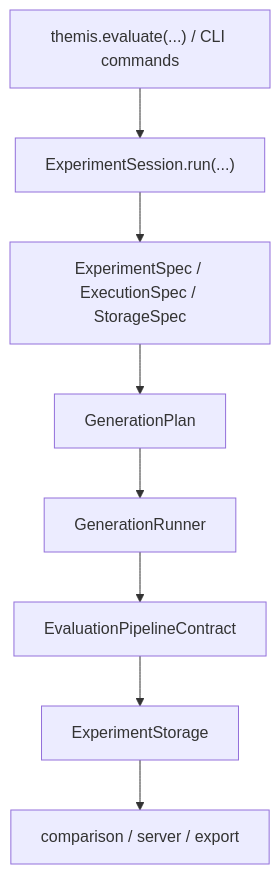
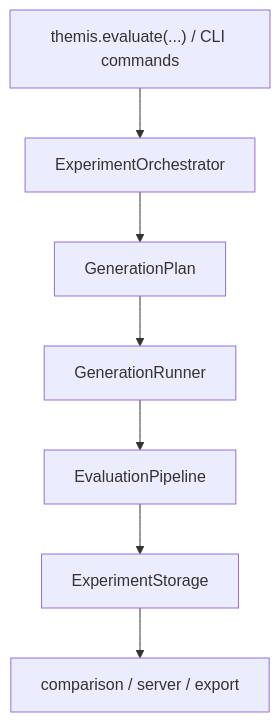
Before and after one commit to Pittawat2542/themis: the first of 2 diagrams in docs/ARCHITECTURE.md, drawn with Mermaid. The commit also changed other lines of this file and 9 other files, not shown here.

Commit message:
docs: modernize all docs to 1.2.0 evaluate() API, remove ExperimentSession/ExperimentSpec and examples-simple refs

````diff
--- a/docs/ARCHITECTURE.md
+++ b/docs/ARCHITECTURE.md
@@ -10,10 +9,9 @@
 ```mermaid
 flowchart TD
-    A["themis.evaluate(...) / CLI commands"] --> B["ExperimentSession.run(...)"]
-    B --> C["ExperimentSpec / ExecutionSpec / StorageSpec"]
-    C --> D["GenerationPlan"]
-    D --> E["GenerationRunner"]
-    E --> F["EvaluationPipelineContract"]
-    F --> G["ExperimentStorage"]
-    G --> H["comparison / server / export"]
+    A["themis.evaluate(...) / CLI commands"] --> B["ExperimentOrchestrator"]
+    B --> C["GenerationPlan"]
+    C --> D["GenerationRunner"]
+    D --> E["EvaluationPipeline"]
+    E --> F["ExperimentStorage"]
+    F --> G["comparison / server / export"]
 ```
````
